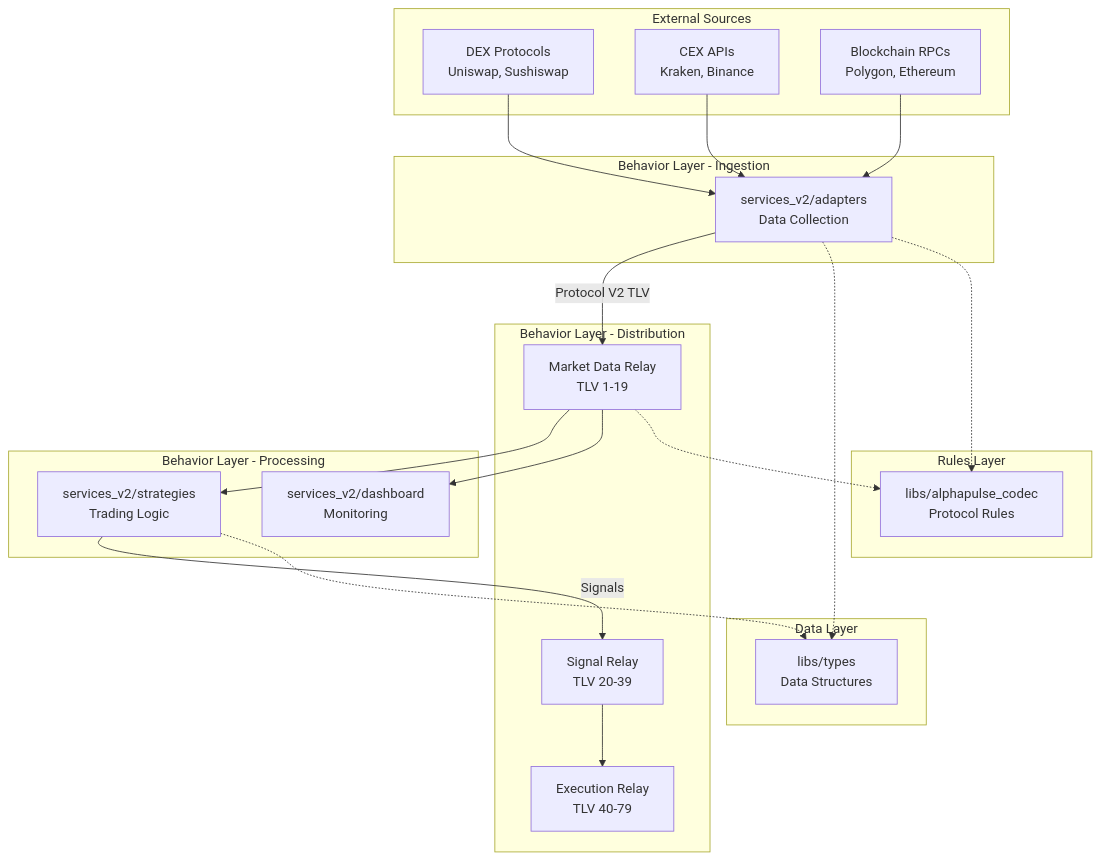
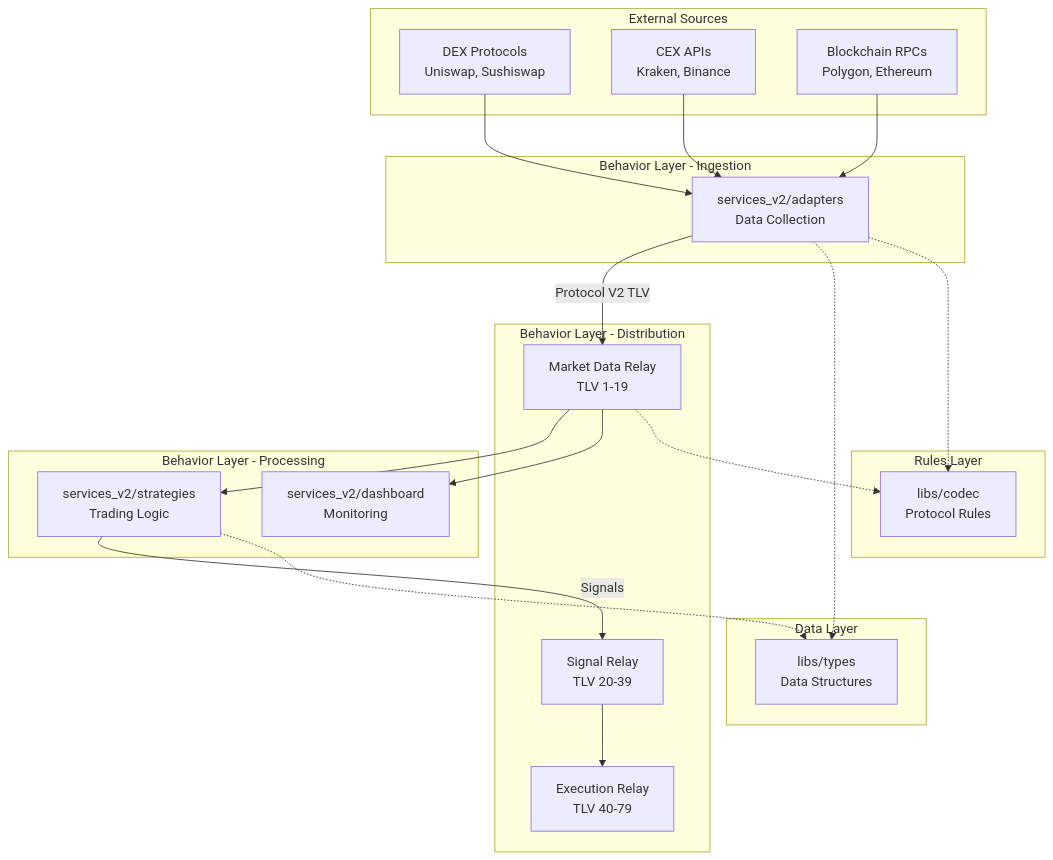
One commit to dawsh2/AlphaPulse changed the first of 3 diagrams in backend_v2/docs/ARCHITECTURE.md. Above: the diagram before and after it, drawn with Mermaid. The commit also changed other lines of this file and 483 other files, not shown here.

````diff
--- a/backend_v2/docs/ARCHITECTURE.md
+++ b/backend_v2/docs/ARCHITECTURE.md
@@ -200,47 +200,47 @@
 ```mermaid
 graph TB
     subgraph "External Sources"
         DEX[DEX Protocols<br/>Uniswap, Sushiswap]
         CEX[CEX APIs<br/>Kraken, Binance]
         Chain[Blockchain RPCs<br/>Polygon, Ethereum]
     end
 
     subgraph "Data Layer"
         Types[libs/types<br/>Data Structures]
     end
 
     subgraph "Rules Layer"
-        Codec[libs/alphapulse_codec<br/>Protocol Rules]
+        Codec[libs/codec<br/>Protocol Rules]
     end
 
     subgraph "Behavior Layer - Ingestion"
         Adapters[services_v2/adapters<br/>Data Collection]
     end
 
     subgraph "Behavior Layer - Distribution"
         MDR[Market Data Relay<br/>TLV 1-19]
         SR[Signal Relay<br/>TLV 20-39]
         ER[Execution Relay<br/>TLV 40-79]
     end
 
     subgraph "Behavior Layer - Processing"
         Strategies[services_v2/strategies<br/>Trading Logic]
         Dashboard[services_v2/dashboard<br/>Monitoring]
     end
 
     DEX --> Adapters
     CEX --> Adapters
     Chain --> Adapters
     
     Adapters --> |Protocol V2 TLV| MDR
     MDR --> Strategies
     MDR --> Dashboard
     
     Strategies --> |Signals| SR
     SR --> ER
     
     Adapters -.-> Types
     Adapters -.-> Codec
     MDR -.-> Codec
     Strategies -.-> Types
 ```
````
